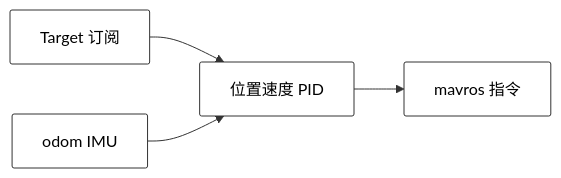
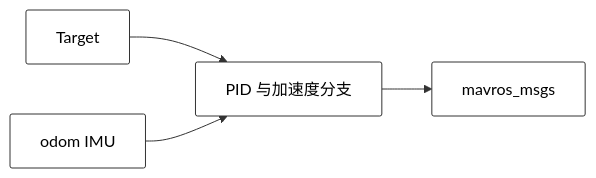
Before and after one commit to KwanWaiPang/KwanWaiPang.github.io: diagram 11 of 11 in _posts/2026-05-02-Intent-MPC.md, drawn with Mermaid. The commit also changed other lines of this file, not shown here.

```diff
--- a/_posts/2026-05-02-Intent-MPC.md
+++ b/_posts/2026-05-02-Intent-MPC.md
@@ -238,8 +371,8 @@
 <div class="mermaid" style="display: flex; justify-content: center; width: 90%; margin: 0 auto;">
 graph LR
     classDef default fill:#fff,stroke:#333,stroke-width:1px,color:#000,rx:2,ry:2;
 
-    T[Target 订阅] --> PID[位置速度 PID]
-    O[odom IMU] --> PID
-    PID --> M[mavros 指令]
+    TG[Target] --> PID[PID 与加速度分支]
+    OD[odom IMU] --> PID
+    PID --> MV[mavros_msgs]
 </div>
```
